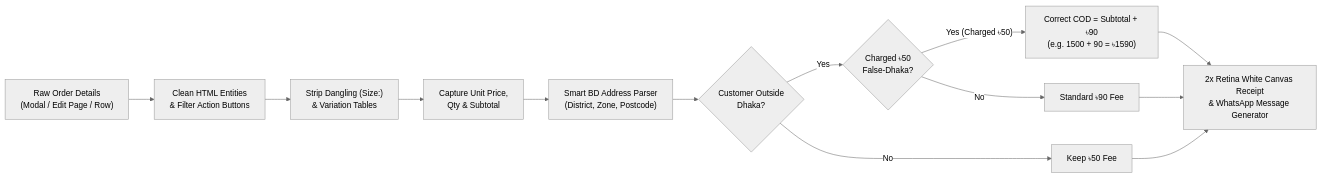
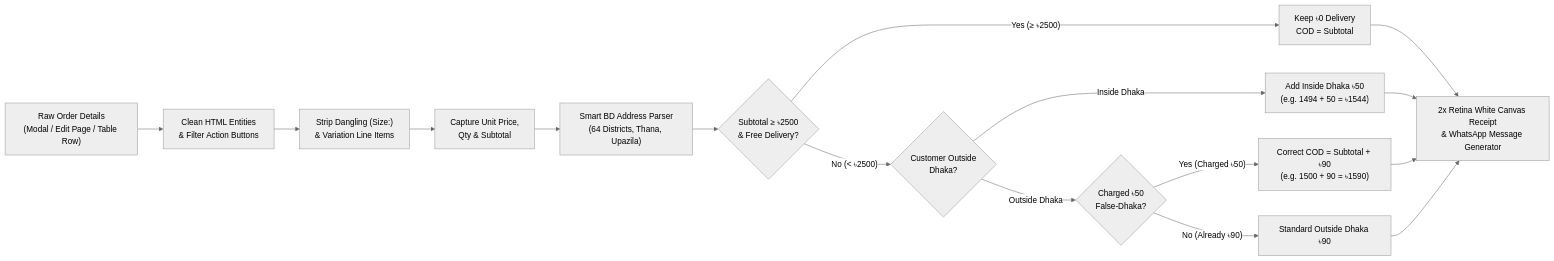
One commit to Sajid-ul-Islam/chrome-extension-delivery-parser changed the fourth of 5 diagrams in ARCHITECTURE.md. Above: the diagram before and after it, drawn with Mermaid (neutral theme). The commit also changed other lines of this file and 57 other files, not shown here.

````diff
--- a/ARCHITECTURE.md
+++ b/ARCHITECTURE.md
@@ -116,16 +168,20 @@
 ```mermaid
 flowchart LR
-    RawOrder["Raw Order Details\n(Modal / Edit Page / Row)"] --> CleanLabels["Clean HTML Entities\n& Filter Action Buttons"]
-    CleanLabels --> StripDangling["Strip Dangling (Size:)\n& Variation Tables"]
+    RawOrder["Raw Order Details\n(Modal / Edit Page / Table Row)"] --> CleanLabels["Clean HTML Entities\n& Filter Action Buttons"]
+    CleanLabels --> StripDangling["Strip Dangling (Size:)\n& Variation Line Items"]
     StripDangling --> ExtractPrices["Capture Unit Price,\nQty & Subtotal"]
-    ExtractPrices --> AddressDecompose["Smart BD Address Parser\n(District, Zone, Postcode)"]
-    AddressDecompose --> CheckLocation{"Customer Outside\nDhaka?"}
+    ExtractPrices --> AddressDecompose["Smart BD Address Parser\n(64 Districts, Thana, Upazila)"]
     
-    CheckLocation -- Yes --> CheckFee{"Charged ৳50\nFalse-Dhaka?"}
-    CheckLocation -- No --> KeepFee["Keep ৳50 Fee"]
+    AddressDecompose --> CheckFree{"Subtotal ≥ ৳2500\n& Free Delivery?"}
+    CheckFree -- Yes (≥ ৳2500) --> FreeShip["Keep ৳0 Delivery\nCOD = Subtotal"]
+    
+    CheckFree -- No (< ৳2500) --> CheckLocation{"Customer Outside\nDhaka?"}
+    
+    CheckLocation -- Outside Dhaka --> CheckFee{"Charged ৳50\nFalse-Dhaka?"}
+    CheckLocation -- Inside Dhaka --> AddDhaka["Add Inside Dhaka ৳50\n(e.g. 1494 + 50 = ৳1544)"]
     
     CheckFee -- Yes (Charged ৳50) --> CorrectFee["Correct COD = Subtotal + ৳90\n(e.g. 1500 + 90 = ৳1590)"]
-    CheckFee -- No --> StandardOutside["Standard ৳90 Fee"]
+    CheckFee -- No (Already ৳90) --> StandardOutside["Standard Outside Dhaka ৳90"]
 
-    CorrectFee & StandardOutside & KeepFee --> CanvasReceipt["2x Retina White Canvas Receipt\n& WhatsApp Message Generator"]
+    FreeShip & AddDhaka & CorrectFee & StandardOutside --> CanvasReceipt["2x Retina White Canvas Receipt\n& WhatsApp Message Generator"]
 ```
````
